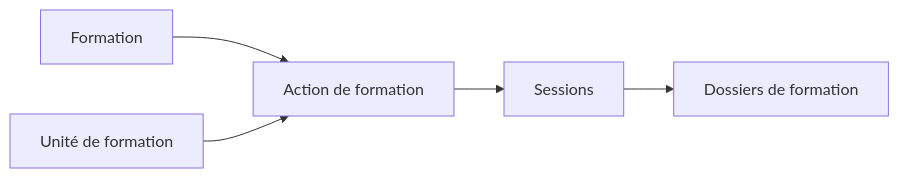
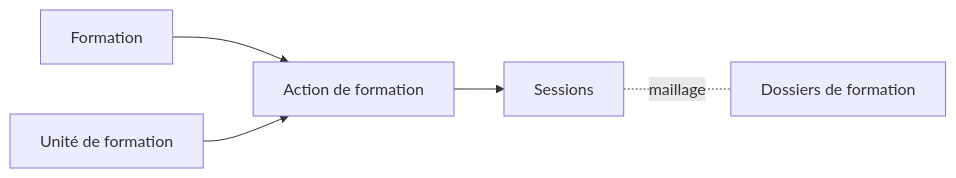
Before and after one commit to rtssolutions/documentation: the diagram in documentations/action-formation/02-concepts-cles.md, drawn with Mermaid. The commit also changed other lines of this file and 16 other files, not shown here.

````diff
--- a/documentations/action-formation/02-concepts-cles.md
+++ b/documentations/action-formation/02-concepts-cles.md
@@ -18,7 +18,7 @@
 ```mermaid "max-w-3xl"
 graph LR
     F[Formation] --> AF[Action de formation]
     UF[Unité de formation] --> AF
     AF --> S[Sessions]
-    S --> DF[Dossiers de formation]
+    S -. maillage .- DF[Dossiers de formation]
 ```
````
